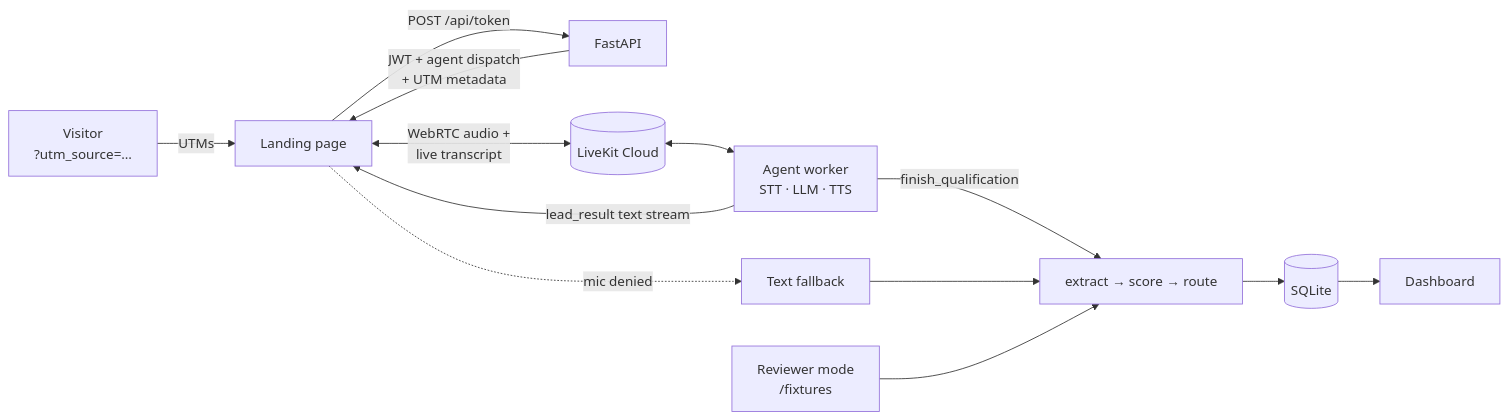
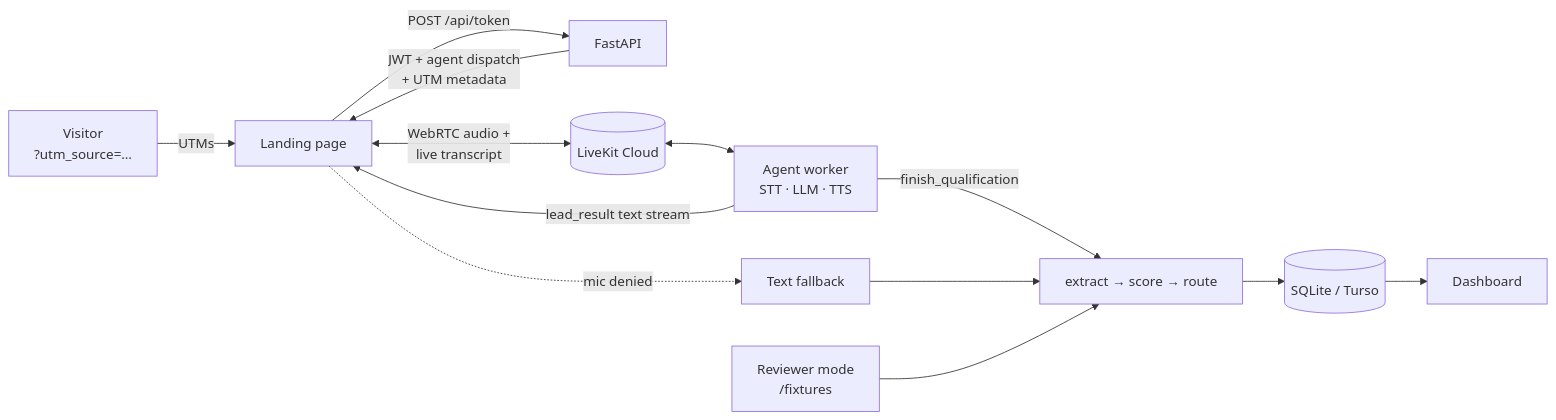
Before and after one commit to marinman/voice-lead-qualifier: the diagram in README.md, drawn with Mermaid. The commit also changed other lines of this file and 16 other files, not shown here.

````diff
--- a/README.md
+++ b/README.md
@@ -12,14 +14,14 @@
 ```mermaid
 flowchart LR
   V[Visitor<br/>?utm_source=…] -->|UTMs| P[Landing page]
   P -->|POST /api/token| S[FastAPI]
   S -->|JWT + agent dispatch<br/>+ UTM metadata| P
   P <-->|WebRTC audio +<br/>live transcript| LK[(LiveKit Cloud)]
   LK <--> A[Agent worker<br/>STT · LLM · TTS]
   A -->|finish_qualification| Q[extract → score → route]
-  Q --> DB[(SQLite)]
+  Q --> DB[(SQLite / Turso)]
   A -->|lead_result text stream| P
   DB --> D[Dashboard]
   P -. mic denied .-> T[Text fallback] --> Q
   R[Reviewer mode<br/>/fixtures] --> Q
 ```
````
